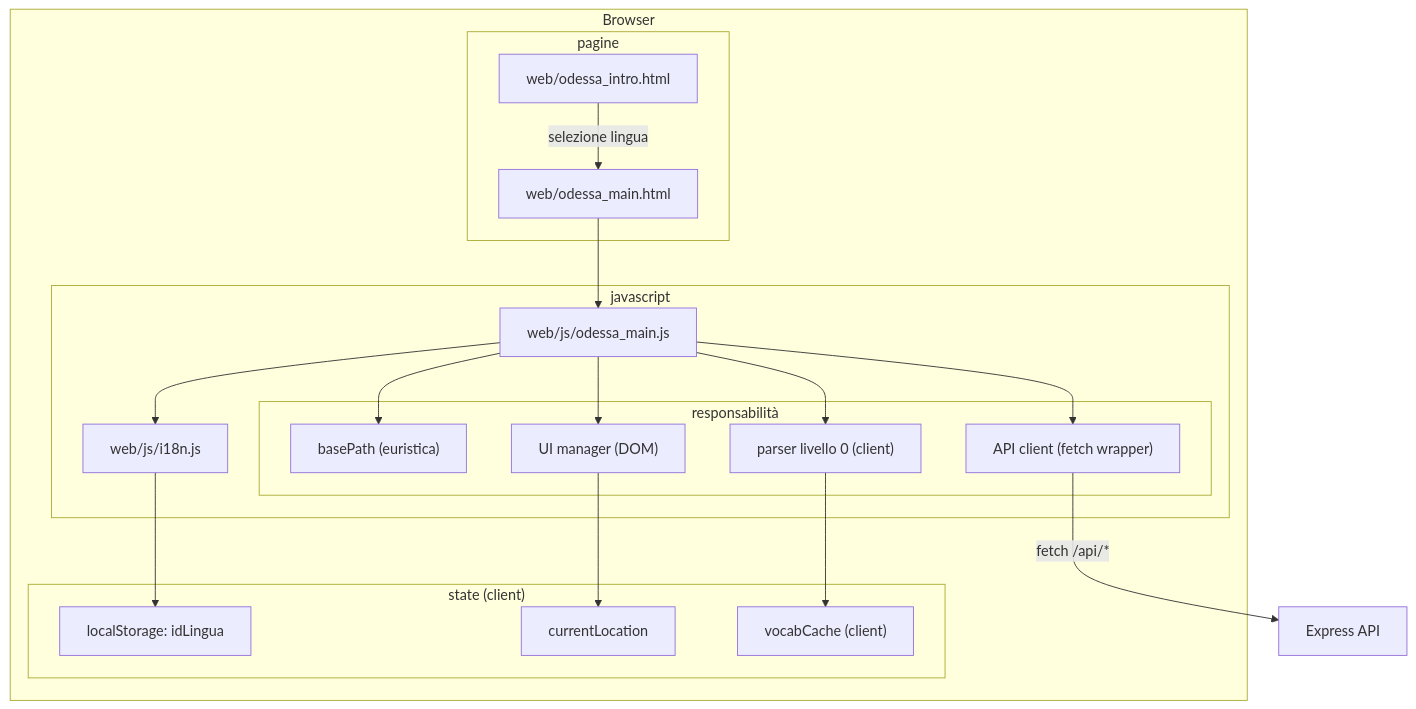
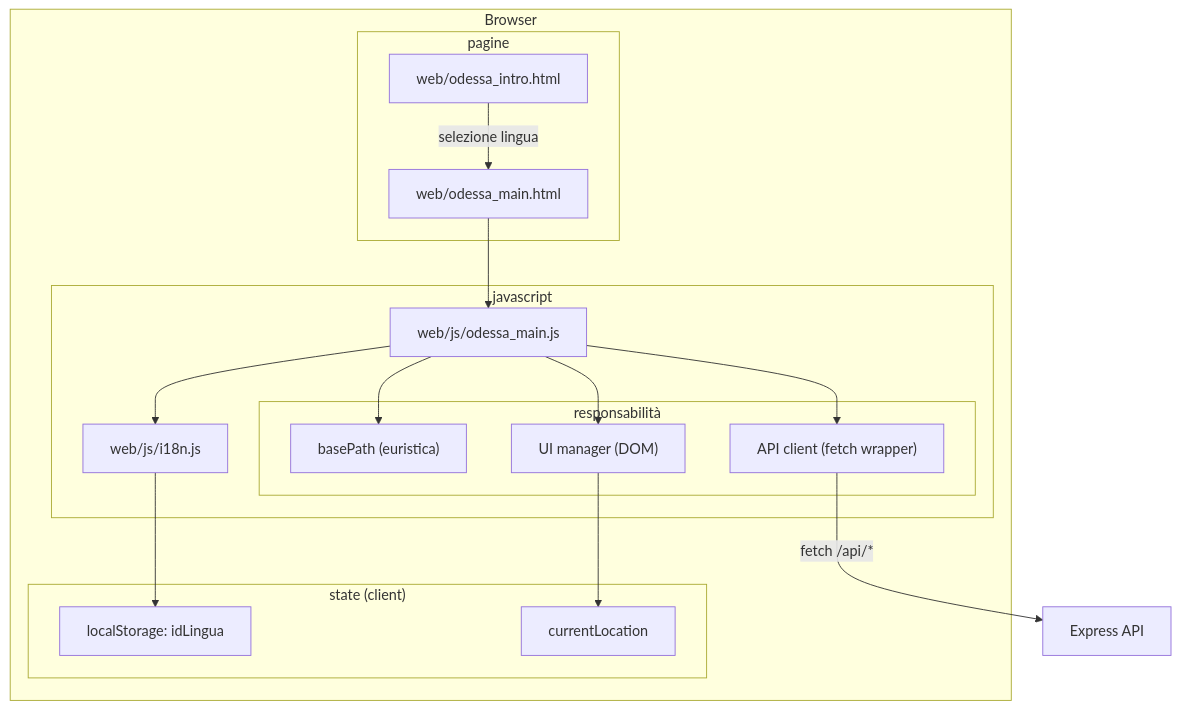
The seventh of 8 diagrams in docs/20260108_architettura_applicativa_01.md (Aqualung61/MissioneOdessa), drawn with Mermaid before and after one commit. The commit also changed other lines of this file and 19 other files, not shown here.

````diff
--- a/docs/20260108_architettura_applicativa_01.md
+++ b/docs/20260108_architettura_applicativa_01.md
@@ -441,38 +440,34 @@
 ```mermaid
 graph TB
   subgraph Browser["Browser"]
     subgraph Pages["pagine"]
       Intro["web/odessa_intro.html"]
       Main["web/odessa_main.html"]
     end
 
     subgraph JS["javascript"]
       Core["web/js/odessa_main.js"]
       I18N["web/js/i18n.js"]
       subgraph CoreModules["responsabilità"]
         BasePath["basePath (euristica)"]
         Api["API client (fetch wrapper)"]
         UI["UI manager (DOM)"]
-        L0["parser livello 0 (client)"]
       end
     end
 
     subgraph ClientState["state (client)"]
       Stored["localStorage: idLingua"]
       Current["currentLocation"]
-      Vocab["vocabCache (client)"]
     end
   end
 
   Intro -->|"selezione lingua"| Main
   Main --> Core
   Core --> I18N
   Core --> BasePath
   Core --> Api
   Core --> UI
-  Core --> L0
   I18N --> Stored
   UI --> Current
-  L0 --> Vocab
   Api -->|"fetch /api/*"| Backend["Express API"]
 ```
````
